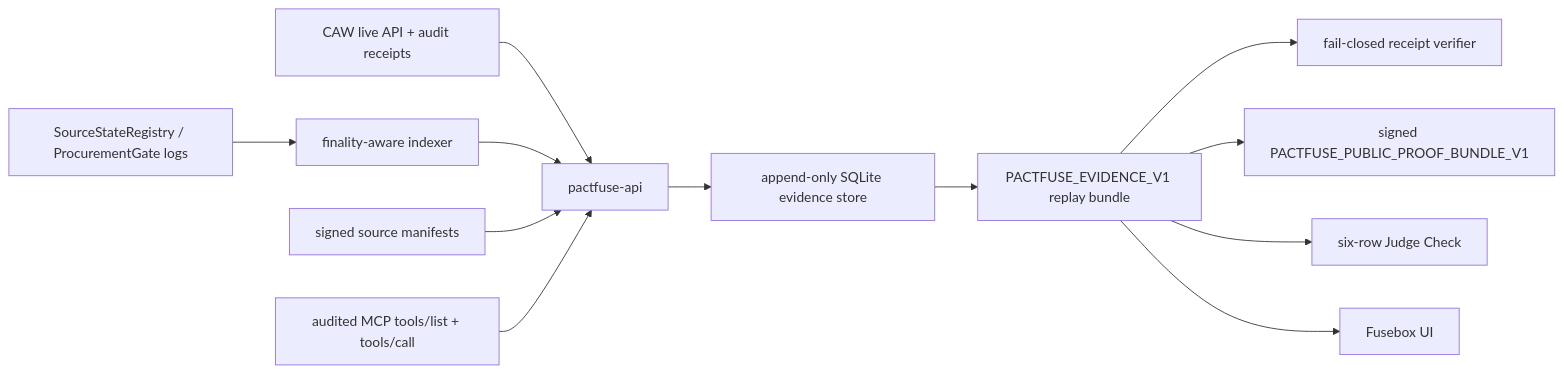
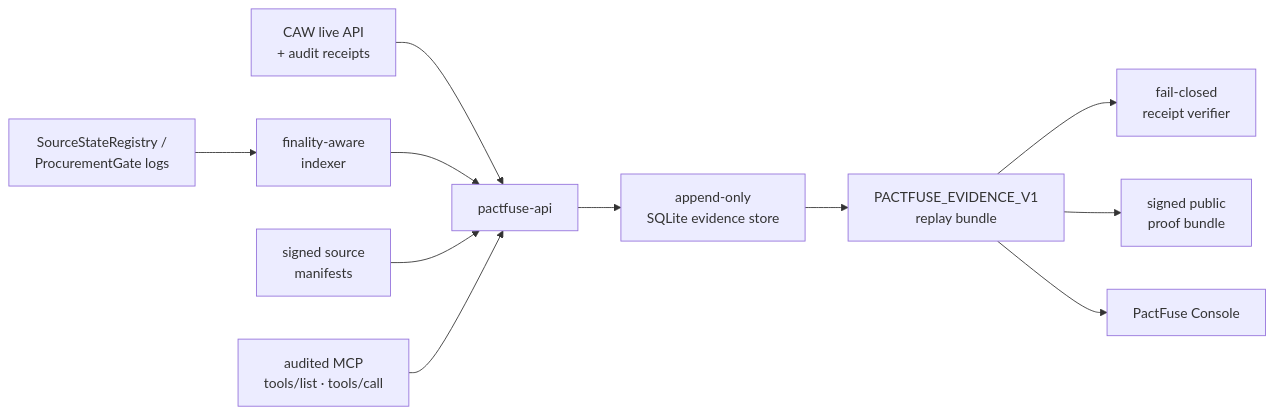
Before and after one commit to beautifulrem/PactFuse: the diagram in README.md, drawn with Mermaid. The commit also changed other lines of this file and 4 other files, not shown here.

````diff
--- a/README.md
+++ b/README.md
@@ -181,14 +77,13 @@
 ```mermaid
 flowchart LR
-  CAW["CAW live API + audit receipts"] --> API["pactfuse-api"]
-  Chain["SourceStateRegistry / ProcurementGate logs"] --> Indexer["finality-aware indexer"]
+  CAW["CAW live API<br/>+ audit receipts"] --> API["pactfuse-api"]
+  Chain["SourceStateRegistry /<br/>ProcurementGate logs"] --> Indexer["finality-aware<br/>indexer"]
   Indexer --> API
-  Source["signed source manifests"] --> API
-  MCP["audited MCP tools/list + tools/call"] --> API
-  API --> Store["append-only SQLite evidence store"]
-  Store --> Replay["PACTFUSE_EVIDENCE_V1 replay bundle"]
-  Replay --> Verifier["fail-closed receipt verifier"]
-  Replay --> Proof["signed PACTFUSE_PUBLIC_PROOF_BUNDLE_V1"]
-  Replay --> Judge["six-row Judge Check"]
-  Replay --> Fusebox["Fusebox UI"]
+  Source["signed source<br/>manifests"] --> API
+  MCP["audited MCP<br/>tools/list · tools/call"] --> API
+  API --> Store["append-only<br/>SQLite evidence store"]
+  Store --> Replay["PACTFUSE_EVIDENCE_V1<br/>replay bundle"]
+  Replay --> Verifier["fail-closed<br/>receipt verifier"]
+  Replay --> Proof["signed public<br/>proof bundle"]
+  Replay --> Console["PactFuse Console"]
 ```
````
